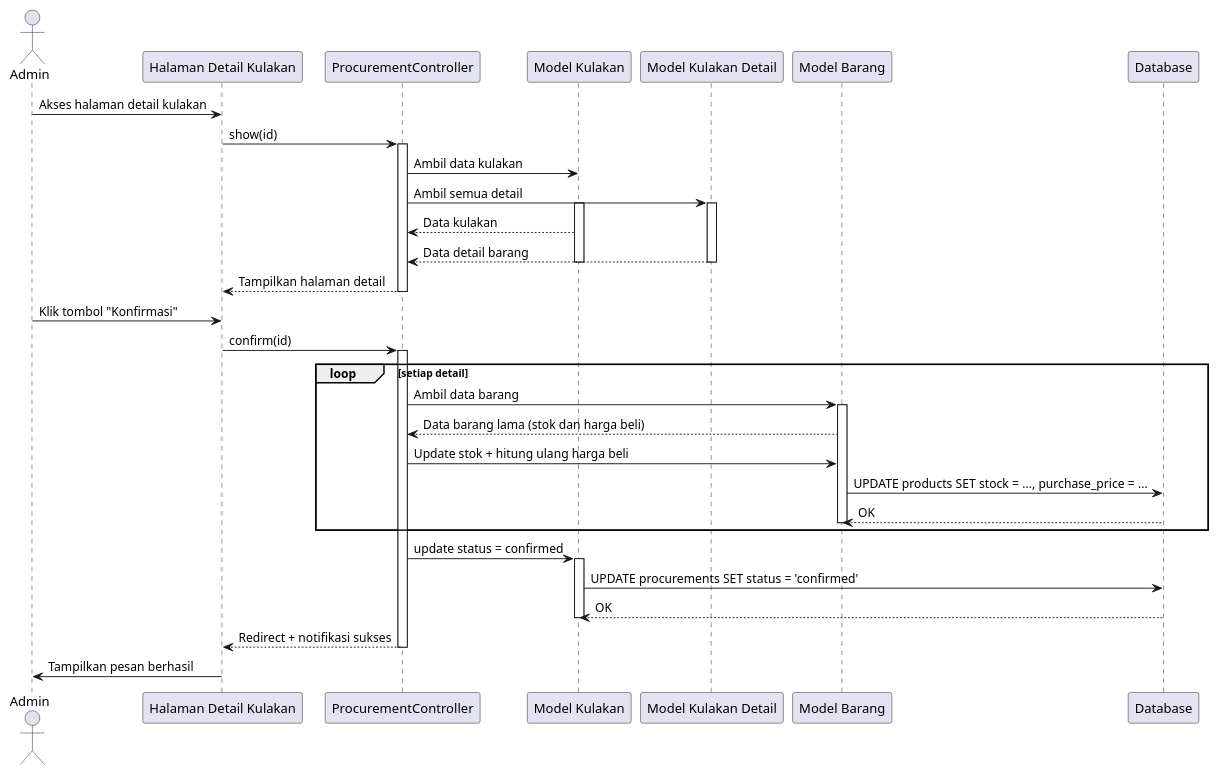
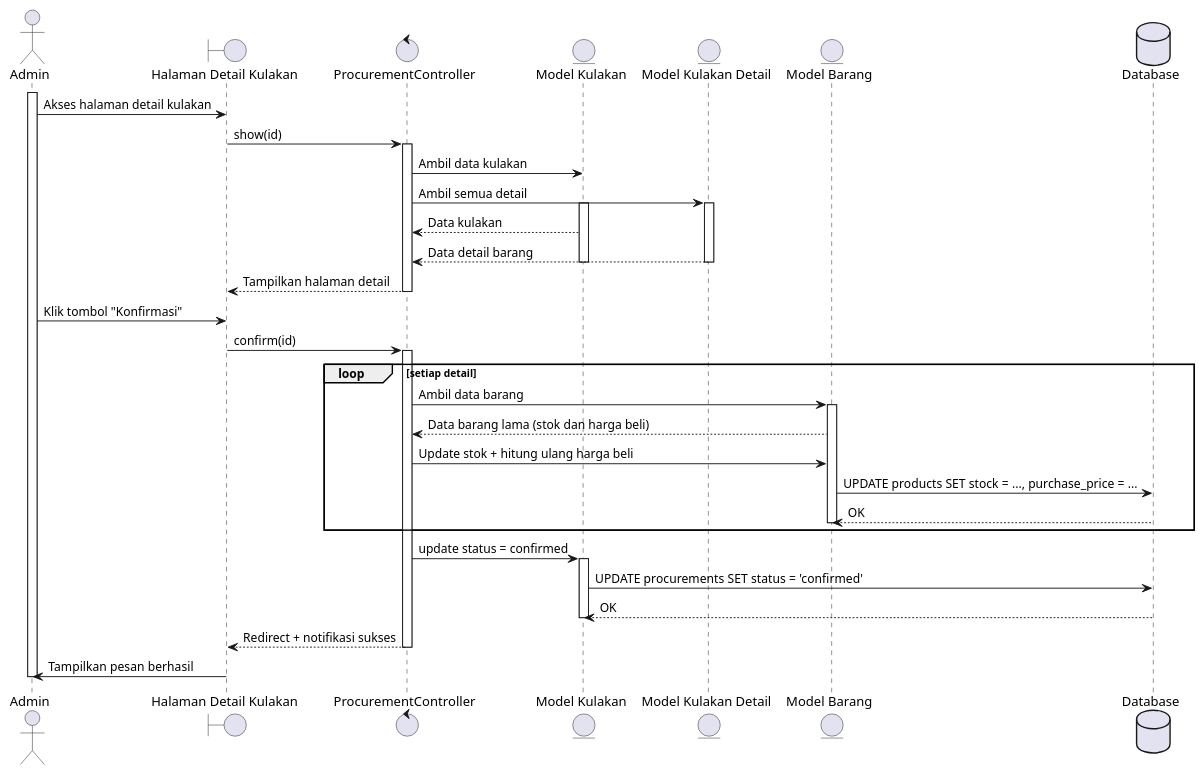
The diagram in sequence diagram/kulakan/mengkonfirmasi_kulakan.wsd (tengahcang/UML_TA), drawn with PlantUML before and after one commit. The commit also changed 115 other files, not shown here.

```diff
--- a/sequence diagram/kulakan/mengkonfirmasi_kulakan.wsd
+++ b/sequence diagram/kulakan/mengkonfirmasi_kulakan.wsd
@@ -1,54 +1,56 @@
 @startuml
 actor Admin
 
-participant "Halaman Detail Kulakan" as DetailPage
-participant "ProcurementController" as Controller
-participant "Model Kulakan" as ProcurementModel
-participant "Model Kulakan Detail" as ProcurementDetailsModel
-participant "Model Barang" as ProductModel
-participant "Database" as DB
+boundary "Halaman Detail Kulakan" as DetailPage
+control "ProcurementController" as Controller
+entity "Model Kulakan" as ProcurementModel
+entity "Model Kulakan Detail" as ProcurementDetailsModel
+entity "Model Barang" as ProductModel
+database "Database" as DB
 
 ' Admin akses detail kulakan
+activate Admin
 Admin -> DetailPage: Akses halaman detail kulakan
 DetailPage -> Controller: show(id)
 activate Controller
 Controller -> ProcurementModel: Ambil data kulakan
 Controller -> ProcurementDetailsModel: Ambil semua detail
 activate ProcurementModel
 activate ProcurementDetailsModel
 ProcurementModel --> Controller: Data kulakan
 ProcurementDetailsModel --> Controller: Data detail barang
 deactivate ProcurementModel
 deactivate ProcurementDetailsModel
 Controller --> DetailPage: Tampilkan halaman detail
 deactivate Controller
 
 ' Admin klik tombol Konfirmasi
 Admin -> DetailPage: Klik tombol "Konfirmasi"
 DetailPage -> Controller: confirm(id)
 activate Controller
 
 ' Proses update untuk setiap barang
 loop setiap detail
     Controller -> ProductModel: Ambil data barang
     activate ProductModel
     ProductModel --> Controller: Data barang lama (stok dan harga beli)
     
     Controller -> ProductModel: Update stok + hitung ulang harga beli
     ProductModel -> DB: UPDATE products SET stock = ..., purchase_price = ...
     DB --> ProductModel: OK
     deactivate ProductModel
 end loop
 
 ' Update status kulakan
 Controller -> ProcurementModel: update status = confirmed
 activate ProcurementModel
 ProcurementModel -> DB: UPDATE procurements SET status = 'confirmed'
 DB --> ProcurementModel: OK
 deactivate ProcurementModel
 
 Controller --> DetailPage: Redirect + notifikasi sukses
 deactivate Controller
 DetailPage -> Admin: Tampilkan pesan berhasil
+deactivate Admin
 
 @enduml
```
